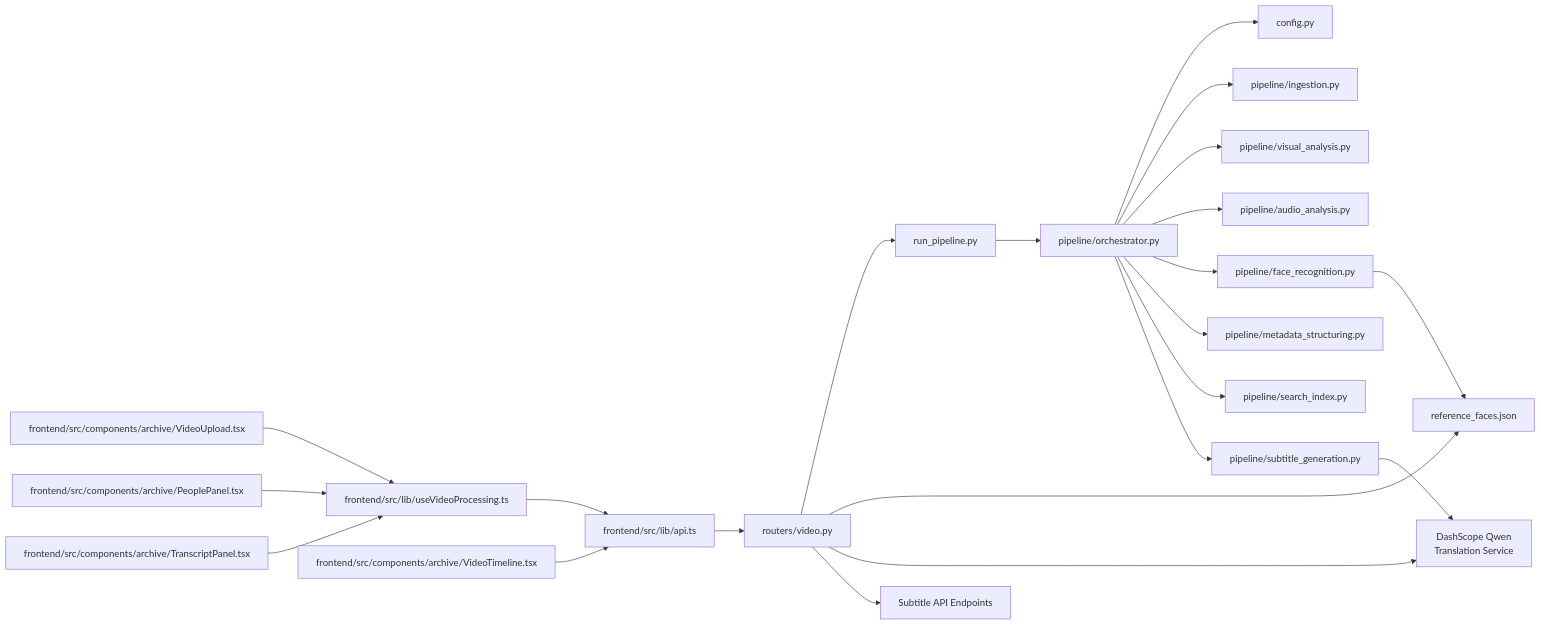
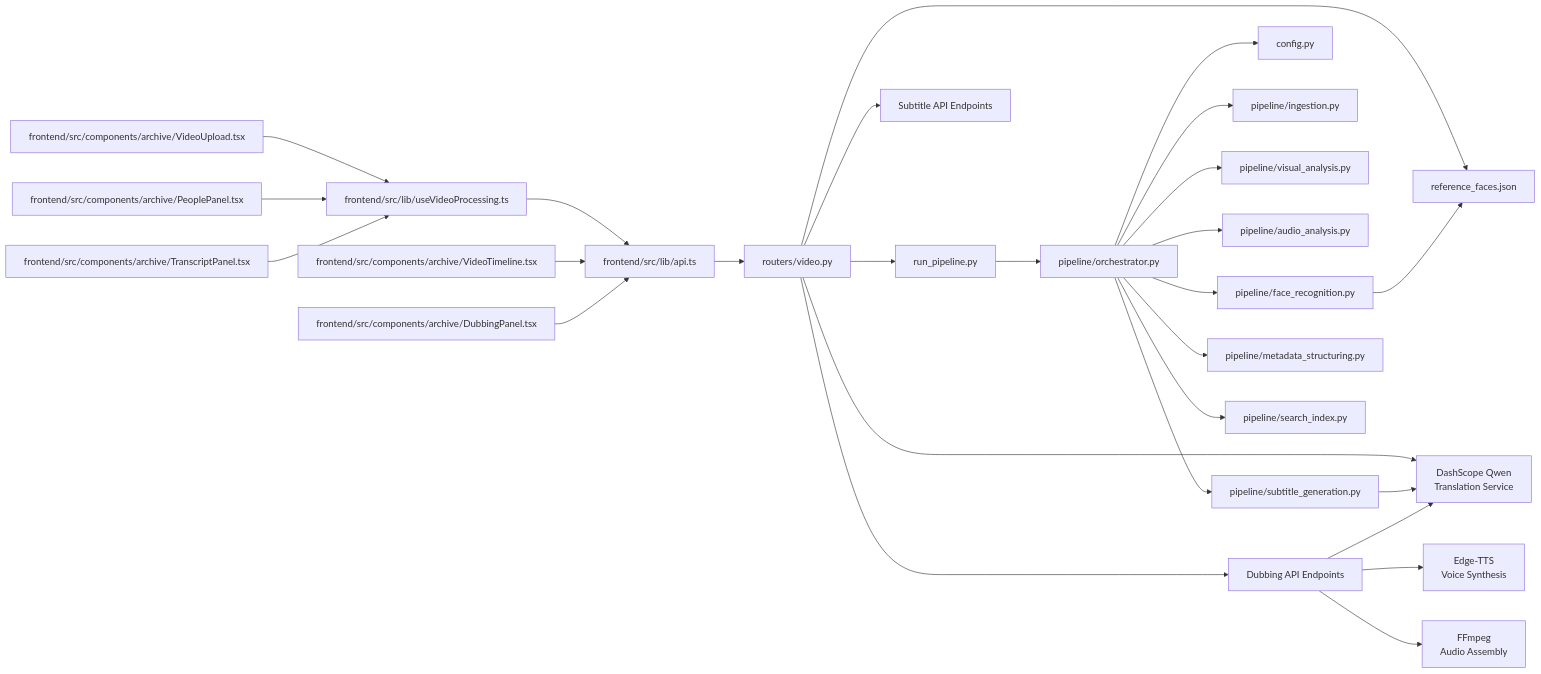
Before and after one commit to alexandreybasta-cyber/dubai-media-ai: the third of 3 diagrams in .qoder/repowiki/en/content/Backend API Reference/Video Processing Endpoints.md, drawn with Mermaid. The commit also changed other lines of this file and 20 other files, not shown here.

````diff
--- a/.qoder/repowiki/en/content/Backend API Reference/Video Processing Endpoints.md
+++ b/.qoder/repowiki/en/content/Backend API Reference/Video Processing Endpoints.md
@@ -891,24 +1195,29 @@
 ```mermaid
 graph LR
 Router["routers/video.py"] --> Runner["run_pipeline.py"]
 Router --> RefDB["reference_faces.json"]
 Router --> DashScope["DashScope Qwen<br/>Translation Service"]
+Router --> DubbingAPI["Dubbing API Endpoints"]
 Router --> SubtitleAPI["Subtitle API Endpoints"]
 Runner --> Orchestrator["pipeline/orchestrator.py"]
 Orchestrator --> Config["config.py"]
 Orchestrator --> Ingestion["pipeline/ingestion.py"]
 Orchestrator --> Visual["pipeline/visual_analysis.py"]
 Orchestrator --> Audio["pipeline/audio_analysis.py"]
 Orchestrator --> Face["pipeline/face_recognition.py"]
 Orchestrator --> Metadata["pipeline/metadata_structuring.py"]
 Orchestrator --> SearchIndex["pipeline/search_index.py"]
 Orchestrator --> SubtitleGen["pipeline/subtitle_generation.py"]
 Face --> RefDB
 SubtitleGen --> DashScope
+DubbingAPI --> DashScope
+DubbingAPI --> EdgeTTS["Edge-TTS<br/>Voice Synthesis"]
+DubbingAPI --> FFmpeg["FFmpeg<br/>Audio Assembly"]
 FrontendAPI["frontend/src/lib/api.ts"] --> Router
 FrontendHook["frontend/src/lib/useVideoProcessing.ts"] --> FrontendAPI
 FrontendUpload["frontend/src/components/archive/VideoUpload.tsx"] --> FrontendHook
 FrontendPeople["frontend/src/components/archive/PeoplePanel.tsx"] --> FrontendHook
 FrontendTranscript["frontend/src/components/archive/TranscriptPanel.tsx"] --> FrontendHook
 FrontendTimeline["frontend/src/components/archive/VideoTimeline.tsx"] --> FrontendAPI
+FrontendDubbing["frontend/src/components/archive/DubbingPanel.tsx"] --> FrontendAPI
 ```
````
